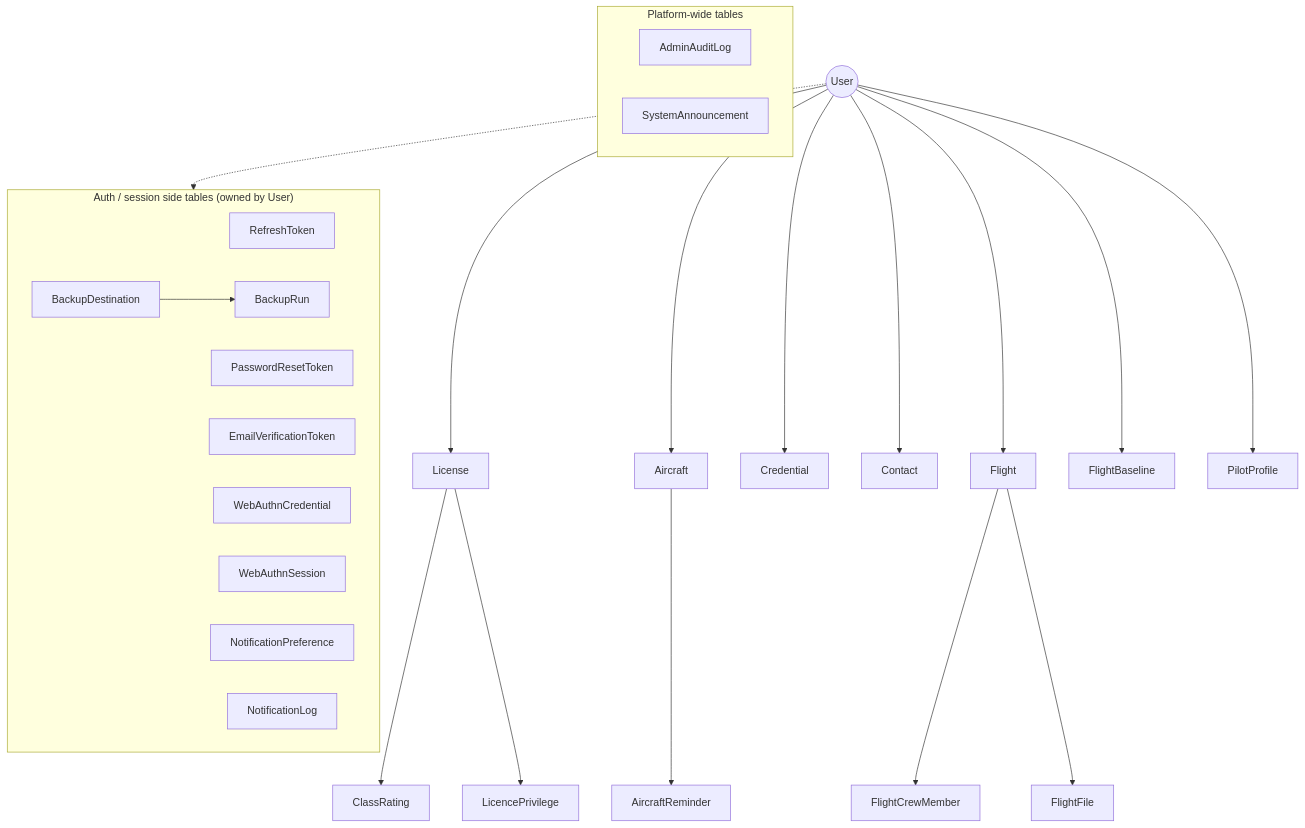
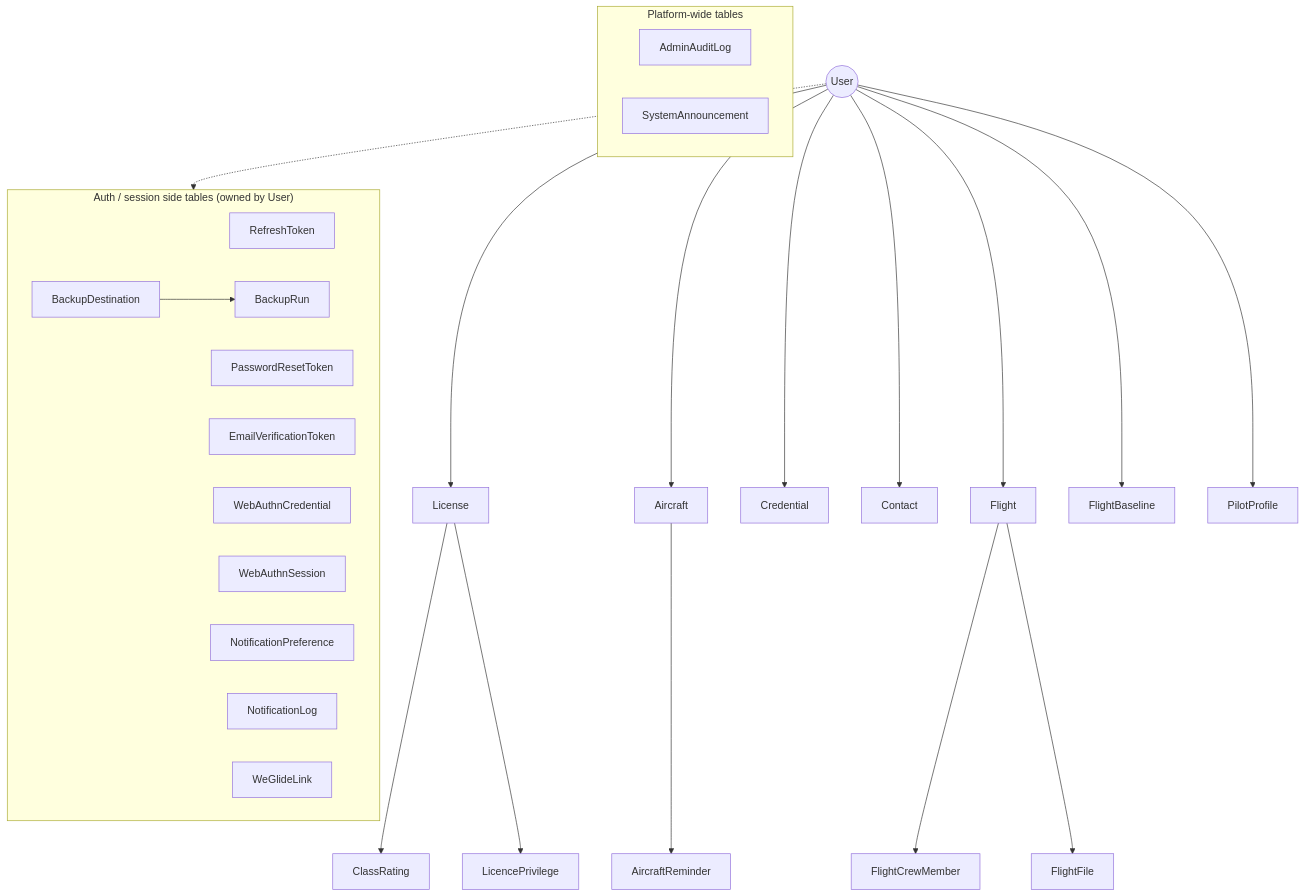
The diagram in docs/DATA_MODEL.md (fjaeckel/ninerlog-api), drawn with Mermaid before and after one commit. The commit also changed other lines of this file and 42 other files, not shown here.

First line of the commit message:
feat(integrations): link WeGlide with the pilot's own API key and sync flights

````diff
--- a/docs/DATA_MODEL.md
+++ b/docs/DATA_MODEL.md
@@ -13,36 +13,37 @@
 ```mermaid
 flowchart TD
     User((User))
     User --> License
     User --> Aircraft
     Aircraft --> AircraftReminder
     User --> Credential
     User --> Contact
     User --> Flight
     User --> FlightBaseline
     User --> PilotProfile
     License --> ClassRating
     License --> LicencePrivilege
     Flight --> FlightCrewMember
     Flight --> FlightFile
 
     subgraph auth["Auth / session side tables (owned by User)"]
         direction LR
         RefreshToken
         PasswordResetToken
         EmailVerificationToken
         WebAuthnCredential
         WebAuthnSession
         NotificationPreference
         NotificationLog
         BackupDestination --> BackupRun
+        WeGlideLink
     end
 
     subgraph platform["Platform-wide tables"]
         direction LR
         AdminAuditLog
         SystemAnnouncement
     end
 
     User -.-> auth
 ```
````
